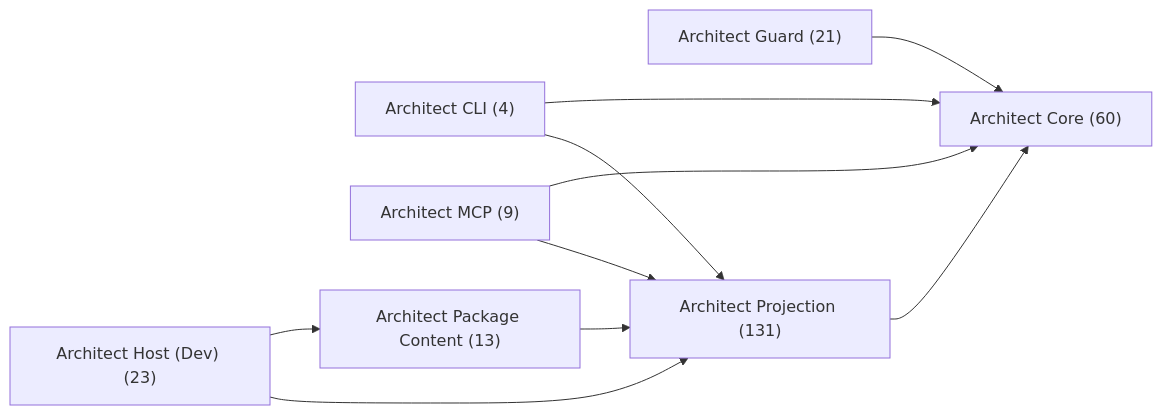
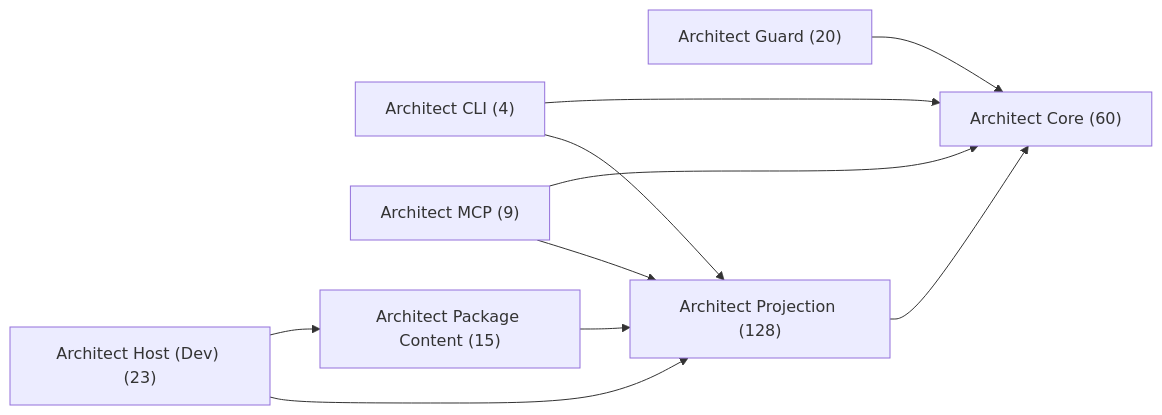
One commit to libar-dev/architect changed the first of 8 diagrams in docs-live/architecture/package-seam.md. Above: the diagram before and after it, drawn with Mermaid. The commit also changed other lines of this file and 240 other files, not shown here.

````diff
--- a/docs-live/architecture/package-seam.md
+++ b/docs-live/architecture/package-seam.md
@@ -18,19 +18,19 @@
 ```mermaid
 graph LR
   pkg_architect_cli["Architect CLI (4)"]
   pkg_architect_core["Architect Core (60)"]
-  pkg_architect_guard["Architect Guard (21)"]
+  pkg_architect_guard["Architect Guard (20)"]
   pkg_architect_host_dev["Architect Host (Dev) (23)"]
   pkg_architect_mcp["Architect MCP (9)"]
-  pkg_architect_package_content["Architect Package Content (13)"]
-  pkg_architect_projection["Architect Projection (131)"]
+  pkg_architect_package_content["Architect Package Content (15)"]
+  pkg_architect_projection["Architect Projection (128)"]
   pkg_architect_cli --> pkg_architect_core
   pkg_architect_cli --> pkg_architect_projection
   pkg_architect_guard --> pkg_architect_core
   pkg_architect_host_dev --> pkg_architect_package_content
   pkg_architect_host_dev --> pkg_architect_projection
   pkg_architect_mcp --> pkg_architect_core
   pkg_architect_mcp --> pkg_architect_projection
   pkg_architect_package_content --> pkg_architect_projection
   pkg_architect_projection --> pkg_architect_core
 ```
````
